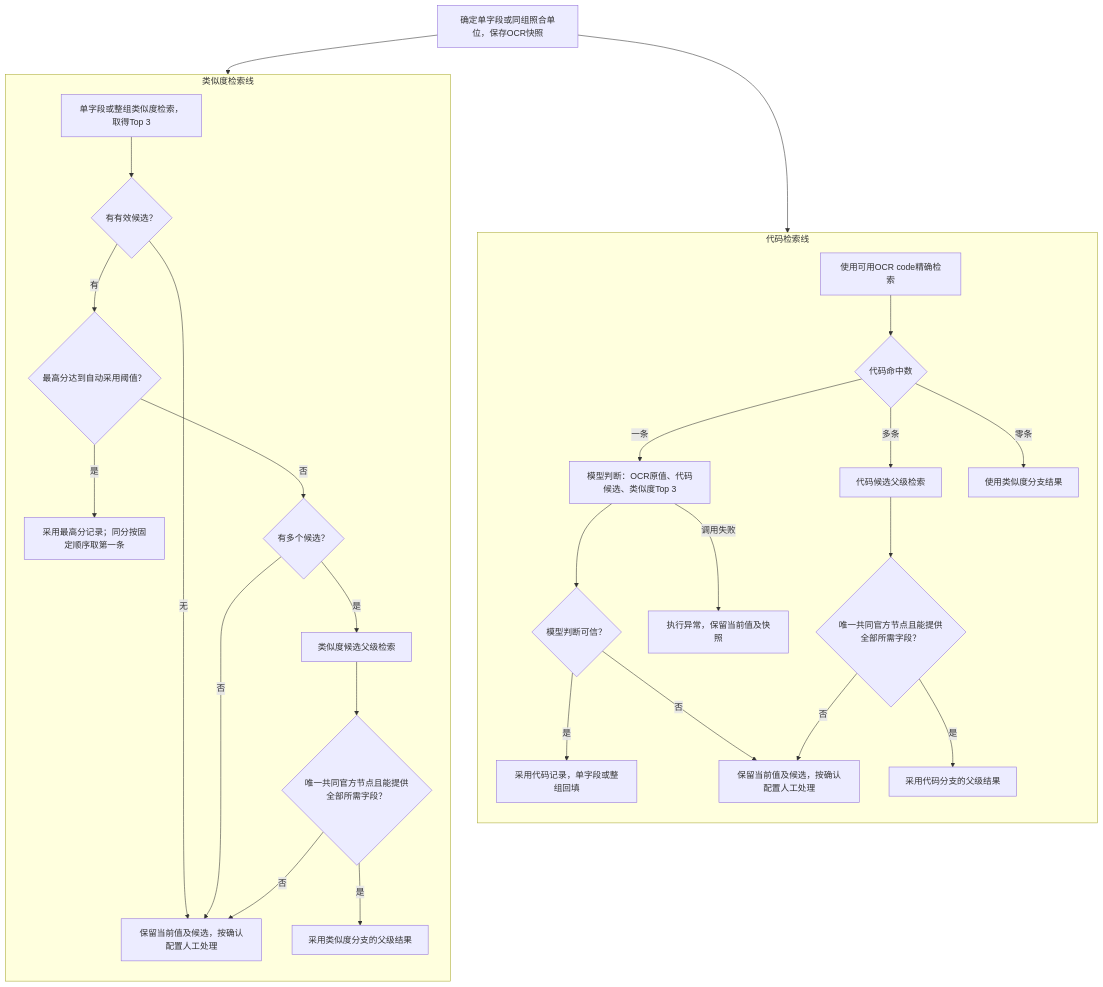
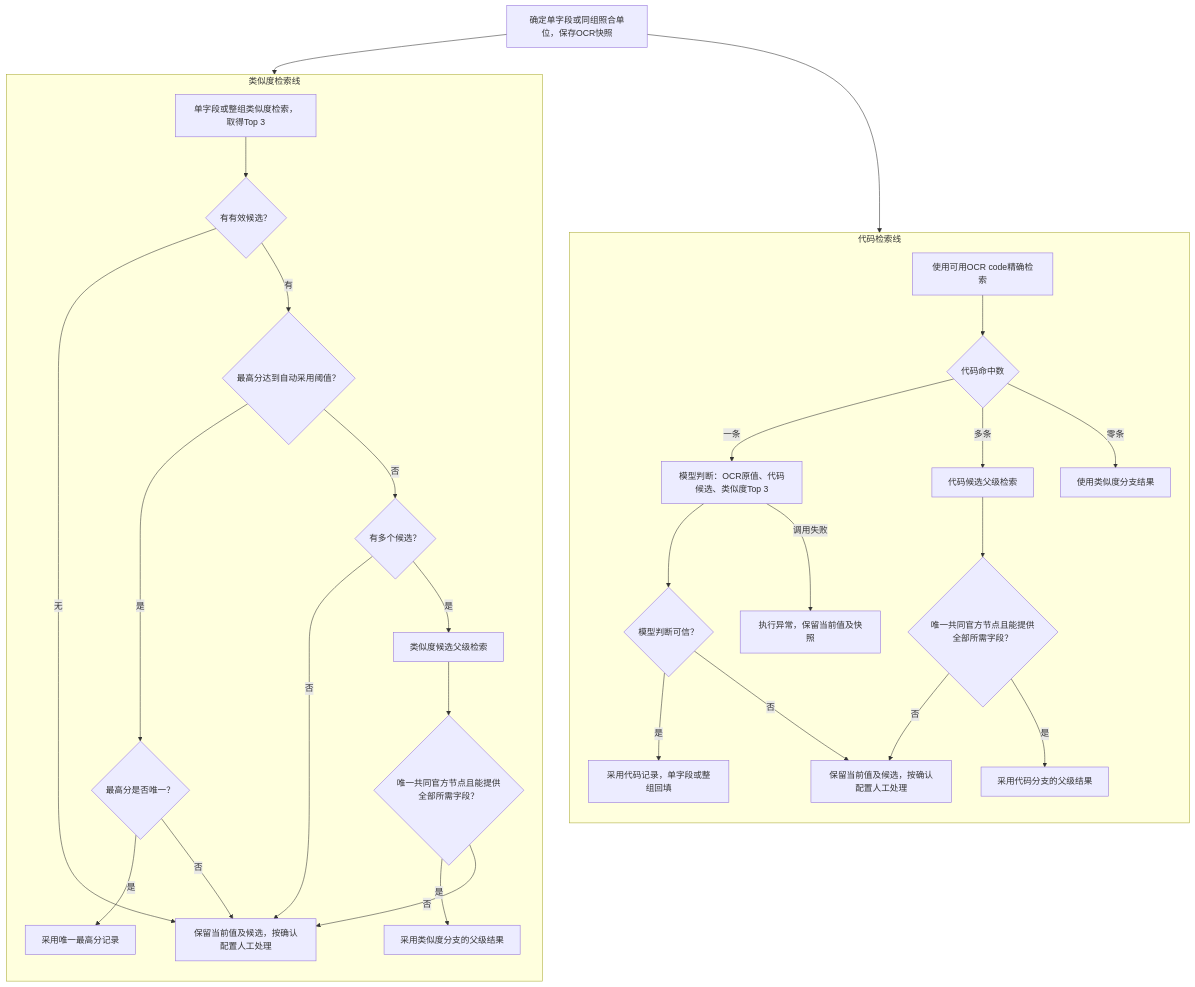
Before and after one commit to aruirage/IDP-Ph3-Demo-PRD: the fourth of 6 diagrams in PRD.zh-CN.md, drawn with Mermaid. The commit also changed other lines of this file and 9 other files, not shown here.

````diff
--- a/PRD.zh-CN.md
+++ b/PRD.zh-CN.md
@@ -547,32 +547,34 @@
 ```mermaid
 flowchart TB
     A["确定单字段或同组照合单位，保存OCR快照"] --> C0
     A --> S0
     subgraph CODE["代码检索线"]
       direction TB
       C0["使用可用OCR code精确检索"] --> C1{"代码命中数"}
       C1 -->|一条| CM["模型判断：OCR原值、代码候选、类似度Top 3"]
       CM --> CT{"模型判断可信？"}
       CT -->|是| CA["采用代码记录，单字段或整组回填"]
       CT -->|否| CR["保留当前值及候选，按确认配置人工处理"]
       CM -->|调用失败| CE["执行异常，保留当前值及快照"]
       C1 -->|多条| CP["代码候选父级检索"]
       CP --> CF{"唯一共同官方节点且能提供全部所需字段？"}
       CF -->|是| CPA["采用代码分支的父级结果"]
       CF -->|否| CR
       C1 -->|零条| CZ["使用类似度分支结果"]
     end
     subgraph SIM["类似度检索线"]
       direction TB
       S0["单字段或整组类似度检索，取得Top 3"] --> S1{"有有效候选？"}
       S1 -->|无| SR["保留当前值及候选，按确认配置人工处理"]
       S1 -->|有| ST{"最高分达到自动采用阈值？"}
-      ST -->|是| SA["采用最高分记录；同分按固定顺序取第一条"]
+      ST -->|是| SU{"最高分是否唯一？"}
+      SU -->|是| SA["采用唯一最高分记录"]
+      SU -->|否| SR
       ST -->|否| SN{"有多个候选？"}
       SN -->|否| SR
       SN -->|是| SP["类似度候选父级检索"]
       SP --> SF{"唯一共同官方节点且能提供全部所需字段？"}
       SF -->|是| SPA["采用类似度分支的父级结果"]
       SF -->|否| SR
     end
 ```
````
